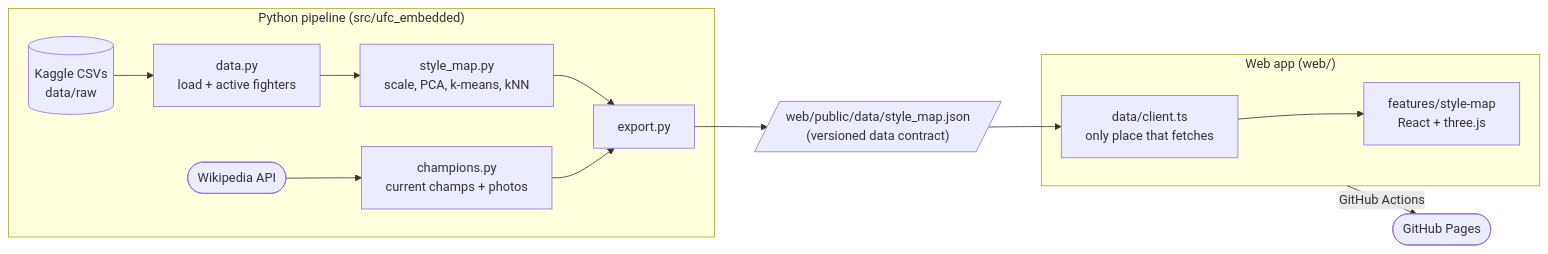
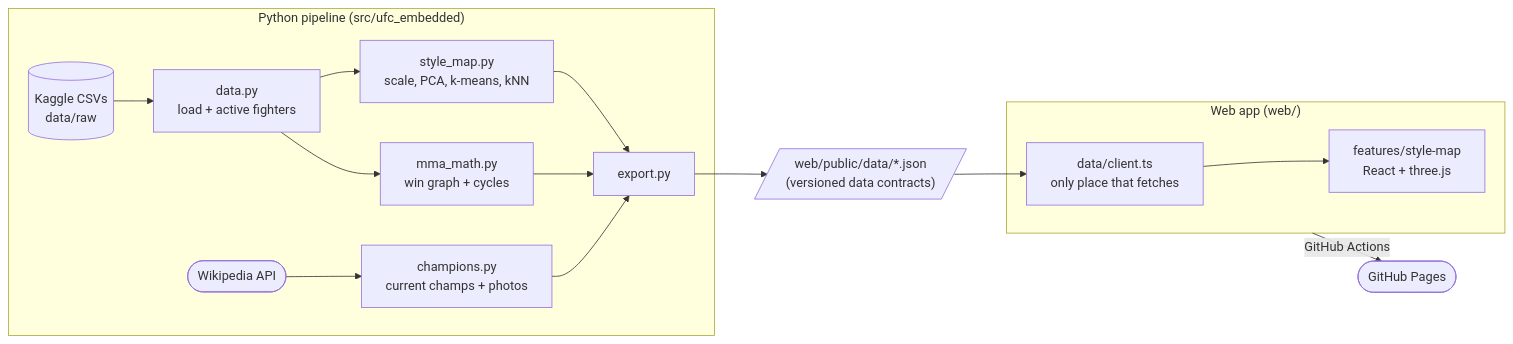
Before and after one commit to abbasly/ufc_embedded: the diagram in README.md, drawn with Mermaid. The commit also changed other lines of this file, not shown here.

Commit message:
docs: describe MMA math in the README

````diff
--- a/README.md
+++ b/README.md
@@ -27,19 +30,21 @@
 ```mermaid
 flowchart LR
     subgraph py["Python pipeline (src/ufc_embedded)"]
         raw[("Kaggle CSVs<br/>data/raw")] --> data["data.py<br/>load + active fighters"]
         data --> sm["style_map.py<br/>scale, PCA, k-means, kNN"]
         wiki(["Wikipedia API"]) --> champs["champions.py<br/>current champs + photos"]
+        data --> mma["mma_math.py<br/>win graph + cycles"]
         sm --> export["export.py"]
         champs --> export
+        mma --> export
     end
 
-    export --> json[/"web/public/data/style_map.json<br/>(versioned data contract)"/]
+    export --> json[/"web/public/data/*.json<br/>(versioned data contracts)"/]
 
     subgraph web["Web app (web/)"]
         client["data/client.ts<br/>only place that fetches"] --> feat["features/style-map<br/>React + three.js"]
     end
 
     json --> client
     web -->|"GitHub Actions"| pages(["GitHub Pages"])
 ```
````
